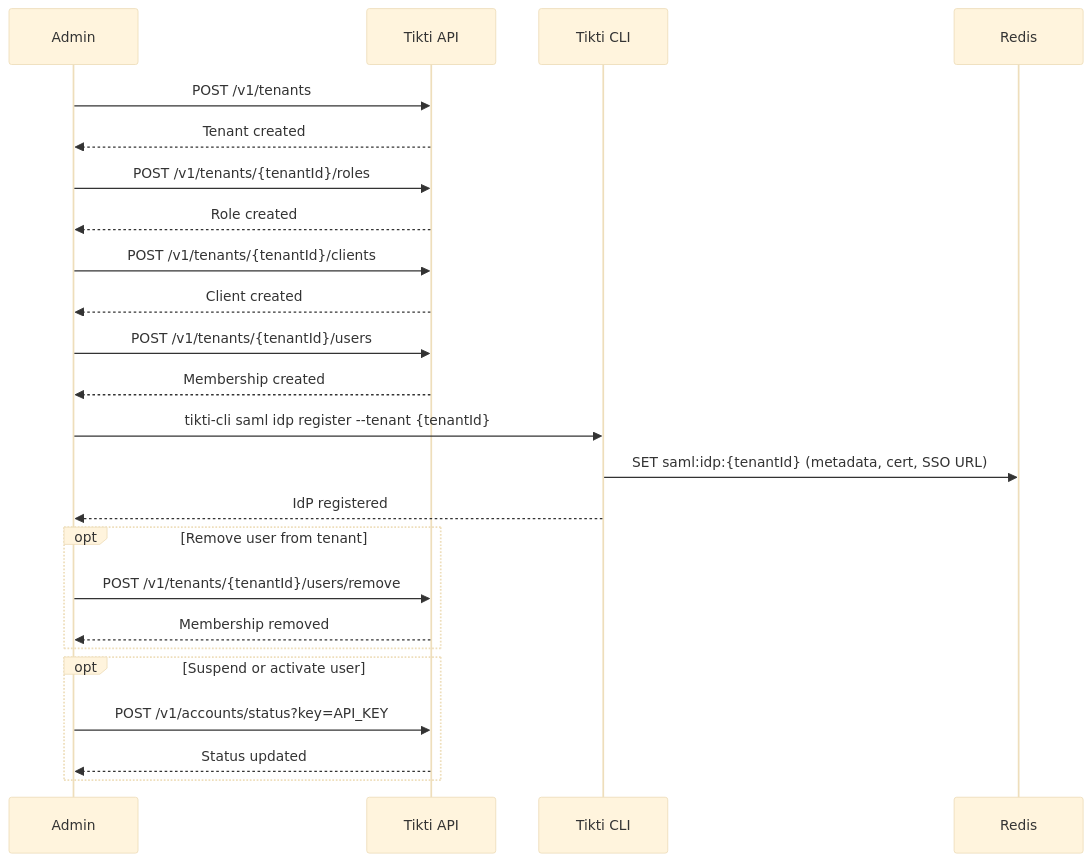
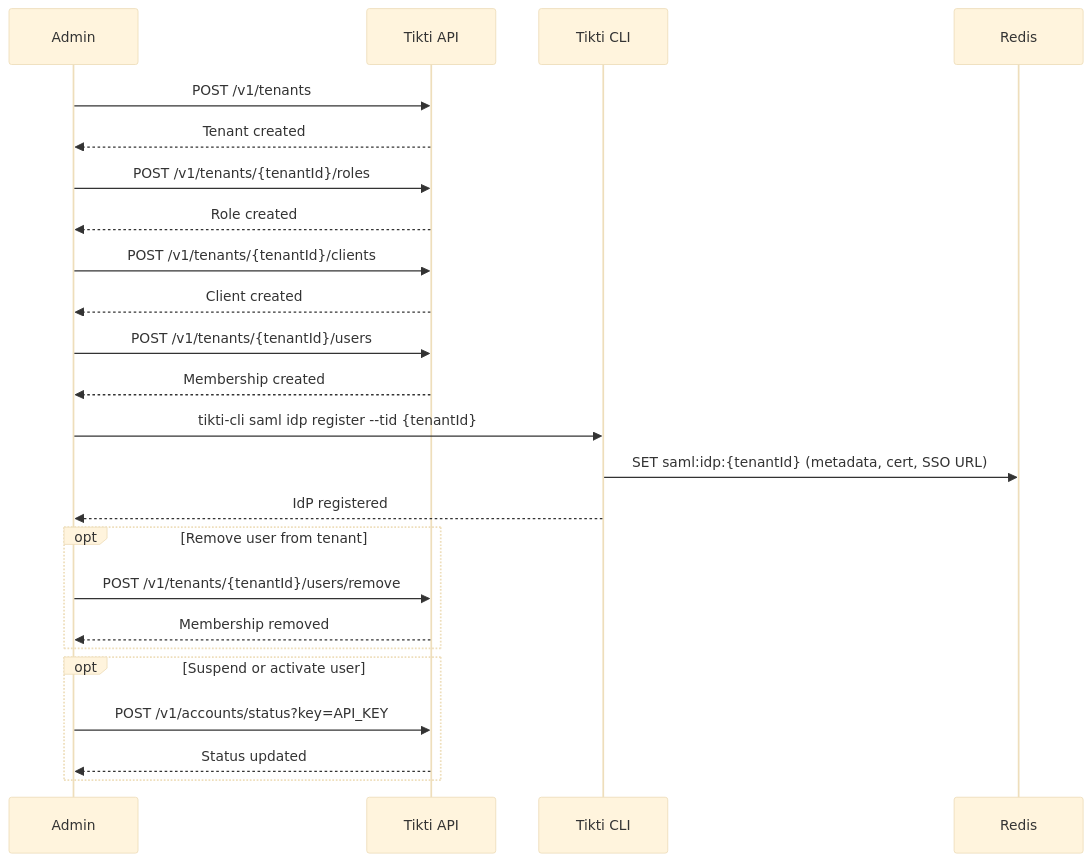
The diagram in wiki/Use-Cases-Tenant-Admin-Lifecycle.md (osvaldoandrade/tikti), drawn with Mermaid (base theme) before and after one commit. The commit also changed other lines of this file and 10 other files, not shown here.

````diff
--- a/wiki/Use-Cases-Tenant-Admin-Lifecycle.md
+++ b/wiki/Use-Cases-Tenant-Admin-Lifecycle.md
@@ -27,27 +27,27 @@
 ```mermaid
 sequenceDiagram
     participant A as Admin
     participant T as Tikti API
     participant C as Tikti CLI
     participant R as Redis
 
     A->>T: POST /v1/tenants
     T-->>A: Tenant created
     A->>T: POST /v1/tenants/{tenantId}/roles
     T-->>A: Role created
     A->>T: POST /v1/tenants/{tenantId}/clients
     T-->>A: Client created
     A->>T: POST /v1/tenants/{tenantId}/users
     T-->>A: Membership created
-    A->>C: tikti-cli saml idp register --tenant {tenantId}
+    A->>C: tikti-cli saml idp register --tid {tenantId}
     C->>R: SET saml:idp:{tenantId} (metadata, cert, SSO URL)
     C-->>A: IdP registered
     opt Remove user from tenant
         A->>T: POST /v1/tenants/{tenantId}/users/remove
         T-->>A: Membership removed
     end
     opt Suspend or activate user
         A->>T: POST /v1/accounts/status?key=API_KEY
         T-->>A: Status updated
     end
 ```
````
